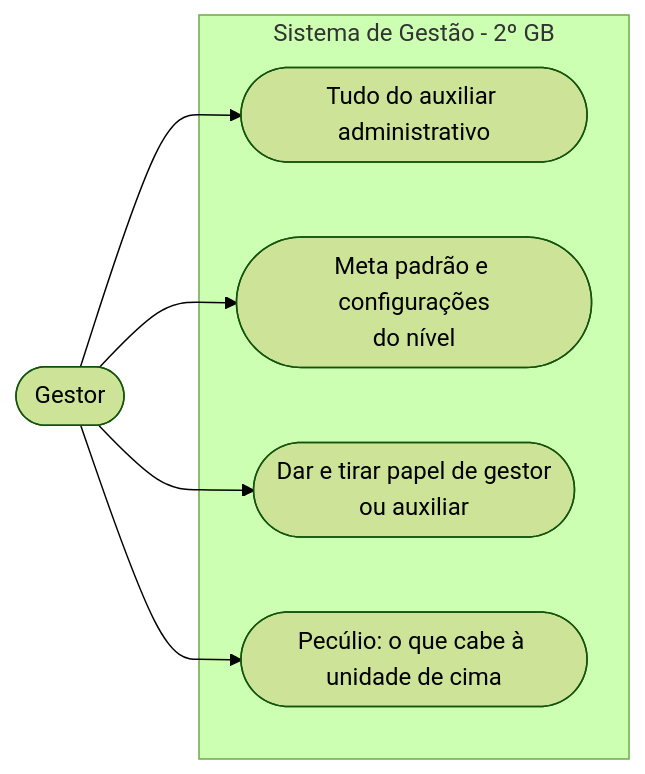
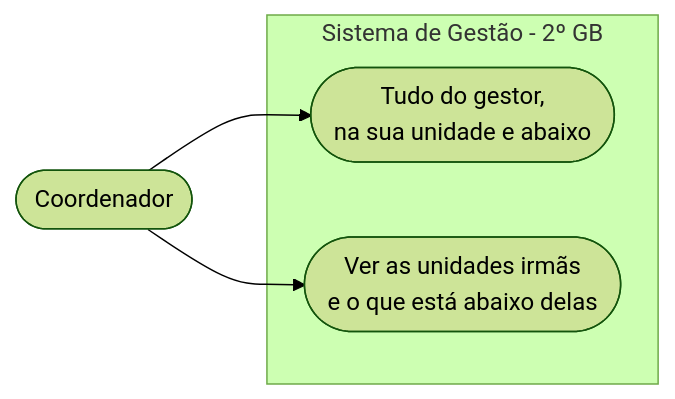
The fourth of 5 diagrams in docs/casos-de-uso.md (kuminho-br/escalas-2gb), drawn with Mermaid (forest theme) before and after one commit. The commit also changed other lines of this file and 15 other files, not shown here.

````diff
--- a/docs/casos-de-uso.md
+++ b/docs/casos-de-uso.md
@@ -80,14 +137,10 @@
 ```mermaid
 flowchart LR
-    U(["Gestor"])
+    U(["Coordenador"])
     subgraph SIS["Sistema de Gestão - 2º GB"]
-        M(["Tudo do auxiliar administrativo"])
-        MP(["Meta padrão e configurações<br/>do nível"])
-        PA(["Dar e tirar papel de gestor<br/>ou auxiliar"])
-        PE(["Pecúlio: o que cabe à unidade de cima"])
+        T(["Tudo do gestor,<br/>na sua unidade e abaixo"])
+        VI(["Ver as unidades irmãs<br/>e o que está abaixo delas"])
     end
-    U --> M
-    U --> MP
-    U --> PA
-    U --> PE
+    U --> T
+    U --> VI
 ```
````
